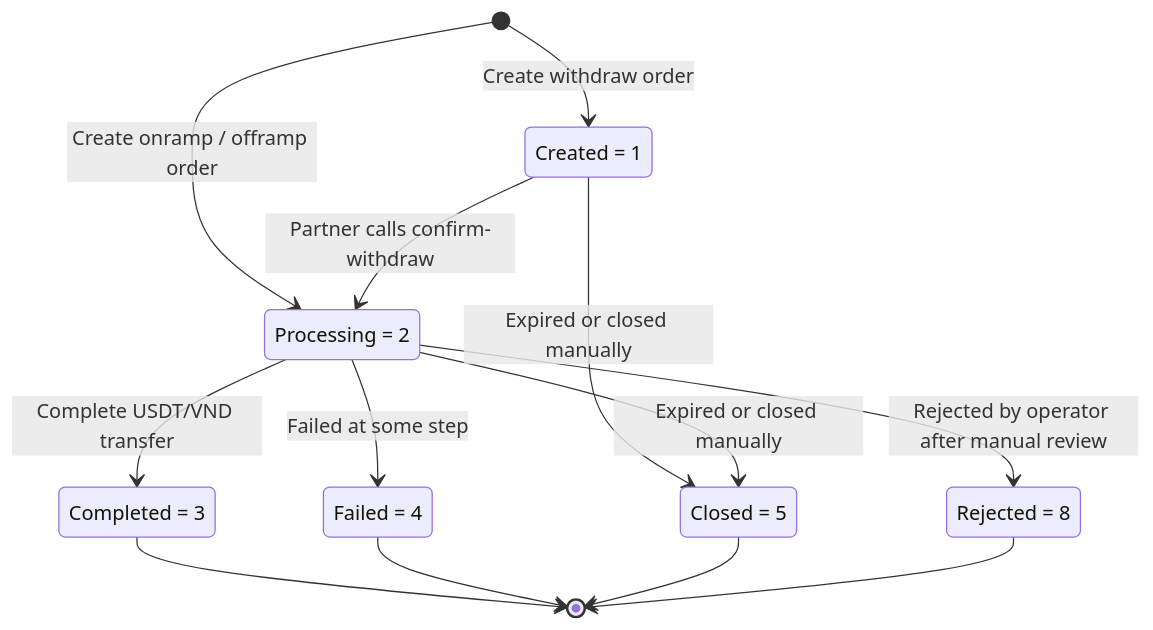
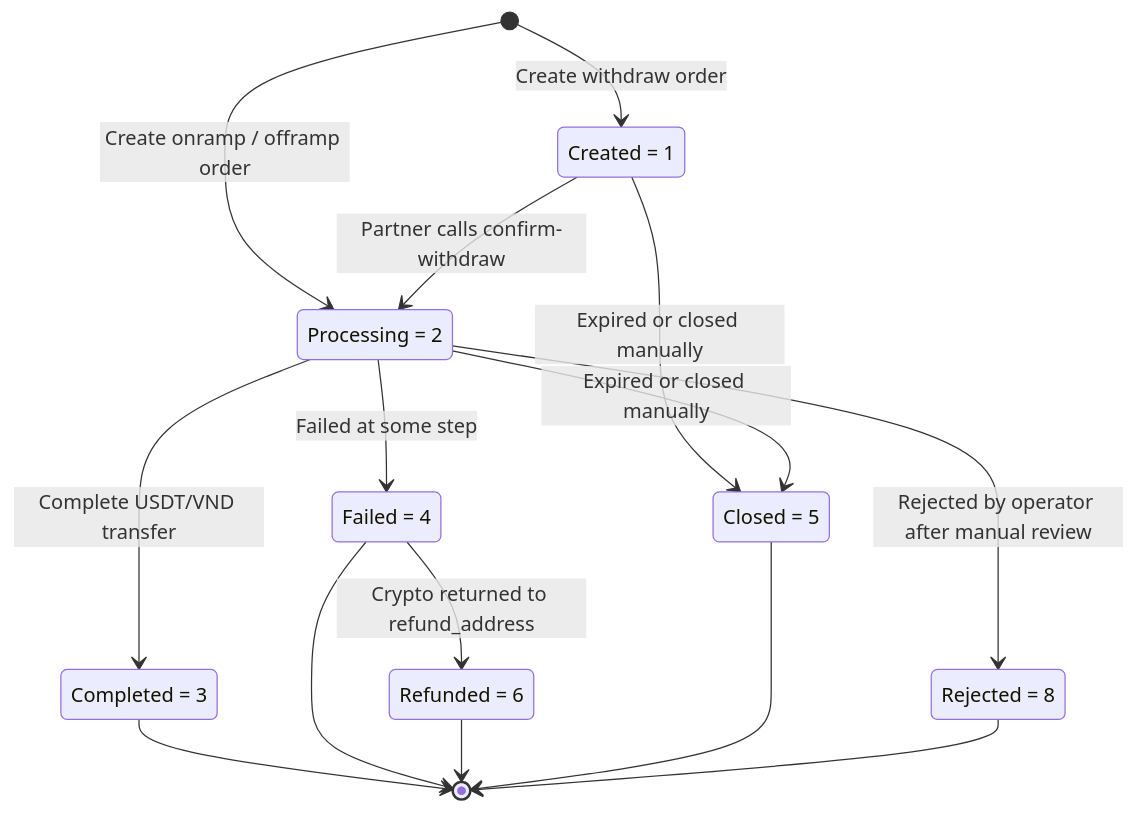
One commit to trung-holdstation/HoldstationPay-doc changed the diagram in guides/order-flow.mdx. Above: the diagram before and after it, drawn with Mermaid. The commit also changed other lines of this file and 4 other files, not shown here.

First line of the commit message:
Document refund_address and order state 6 (Refunded)

````diff
--- a/guides/order-flow.mdx
+++ b/guides/order-flow.mdx
@@ -19,22 +20,25 @@
 ```mermaid
 stateDiagram-v2
     state "Created = 1" as CR
     state "Processing = 2" as P
     state "Completed = 3" as C
     state "Failed = 4" as F
     state "Closed = 5" as CL
+    state "Refunded = 6" as RF
     state "Rejected = 8" as RJ
 
     [*] --> CR: Create withdraw order
     [*] --> P: Create onramp / offramp order
     CR --> P: Partner calls confirm-withdraw
     CR --> CL: Expired or closed manually
     P --> C: Complete USDT/VND transfer
     P --> F: Failed at some step
     P --> CL: Expired or closed manually
     P --> RJ: Rejected by operator after manual review
+    F --> RF: Crypto returned to refund_address
     C --> [*]
     F --> [*]
+    RF --> [*]
     CL --> [*]
     RJ --> [*]
 ```
````
